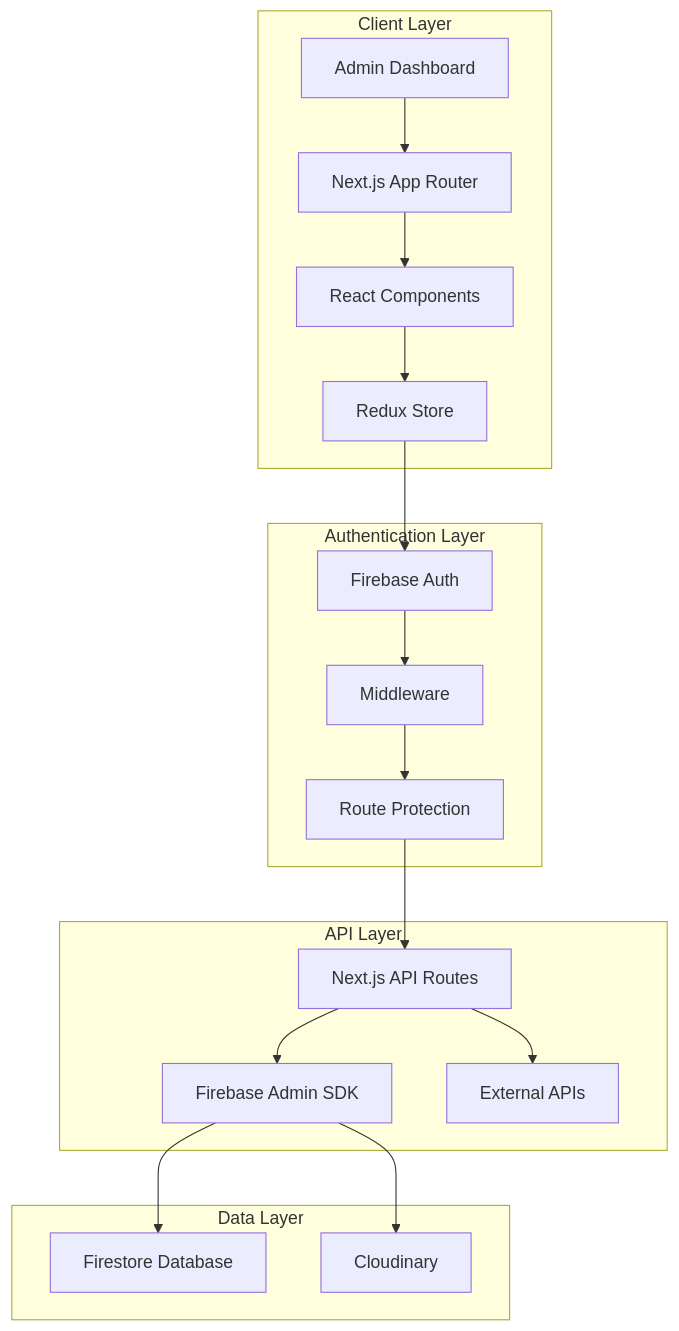
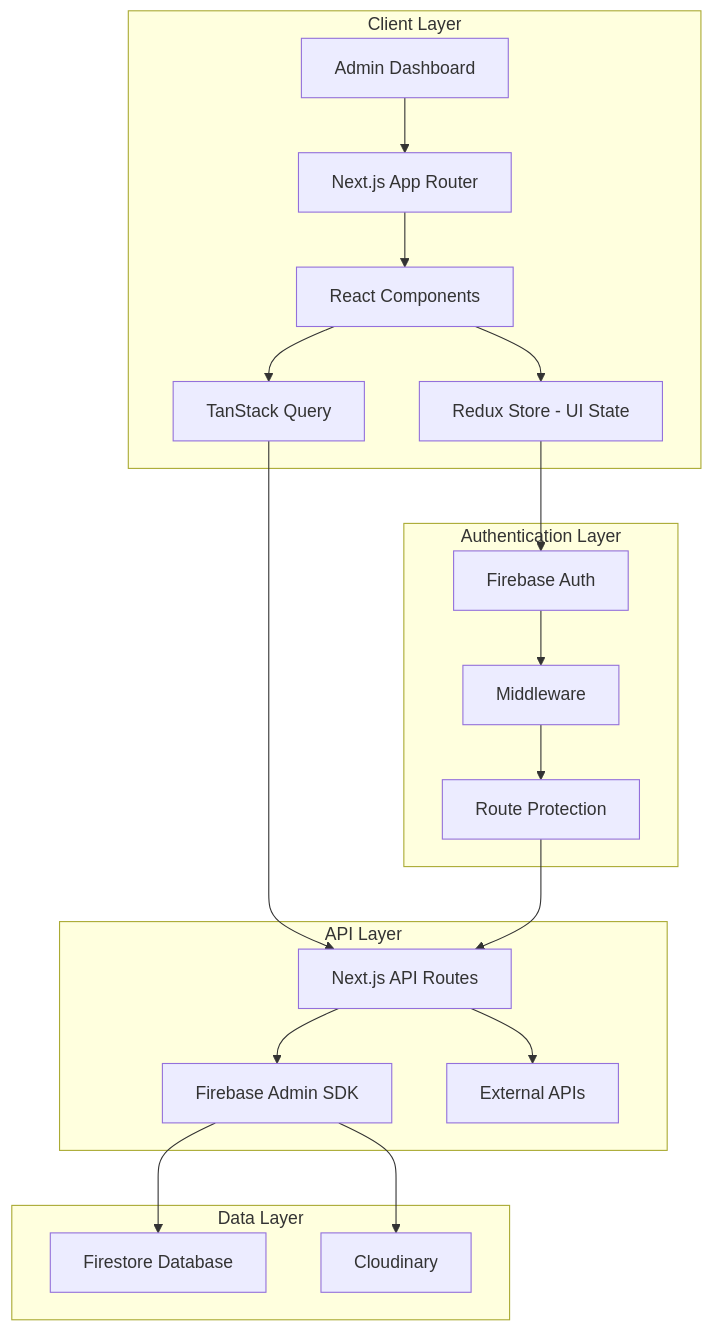
The first of 4 diagrams in docs/architecture/system-overview.md (Arvss07/taravel-admin-docs-official), drawn with Mermaid before and after one commit. The commit also changed other lines of this file and 16 other files, not shown here.

````diff
--- a/docs/architecture/system-overview.md
+++ b/docs/architecture/system-overview.md
@@ -7,38 +7,41 @@
 ```mermaid
 graph TB
     subgraph Client["Client Layer"]
         A[Admin Dashboard]
         B[Next.js App Router]
         C[React Components]
-        D[Redux Store]
+        D[TanStack Query]
+        E[Redux Store - UI State]
     end
     
     subgraph Auth["Authentication Layer"]
-        E[Firebase Auth]
-        F[Middleware]
-        G[Route Protection]
+        F[Firebase Auth]
+        G[Middleware]
+        H[Route Protection]
     end
     
     subgraph Data["Data Layer"]
-        H[Firestore Database]
-        I[Cloudinary]
+        I[Firestore Database]
+        J[Cloudinary]
     end
     
     subgraph API["API Layer"]
-        J[Next.js API Routes]
-        K[Firebase Admin SDK]
-        L[External APIs]
+        K[Next.js API Routes]
+        L[Firebase Admin SDK]
+        M[External APIs]
     end
     
     A --> B
     B --> C
     C --> D
-    D --> E
+    C --> E
+    D --> K
     E --> F
     F --> G
-    G --> J
-    J --> K
-    K --> H
-    K --> I
-    J --> L
+    G --> H
+    H --> K
+    K --> L
+    L --> I
+    L --> J
+    K --> M
 ```
````
